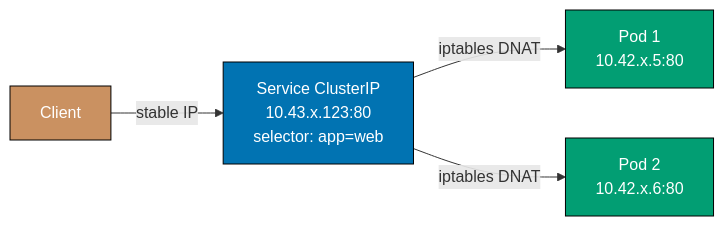
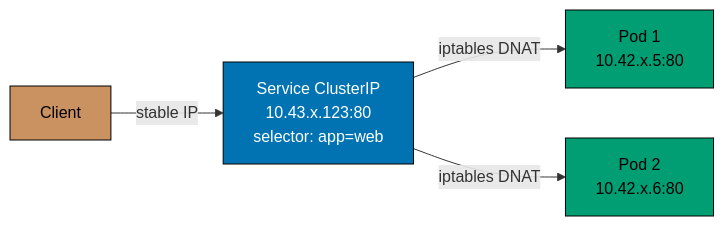
Before and after one commit to wahidyankf/ose-public: the third of 9 diagrams in apps/ayokoding-www/content/en/learn/legacy/software-engineering/infrastructure/tools/k3s/by-example/beginner.md, drawn with Mermaid. The commit also changed other lines of this file and 131 other files, not shown here.

First line of the commit message:
fix(mermaid): bring the legacy data, infrastructure, and testing diagrams onto the accessible palette

````diff
--- a/apps/ayokoding-www/content/en/learn/legacy/software-engineering/infrastructure/tools/k3s/by-example/beginner.md
+++ b/apps/ayokoding-www/content/en/learn/legacy/software-engineering/infrastructure/tools/k3s/by-example/beginner.md
@@ -231,17 +245,23 @@
 ```mermaid
 %% Color Palette: Blue #0173B2, Orange #DE8F05, Teal #029E73, Purple #CC78BC, Brown #CA9161
 graph LR
+    accTitle: Example 6: Expose a Deployment with a Service
+    accDescr: Graph with 4 nodes and 3 connections. Nodes: Client, Service ClusterIP 10.43.x.123:80 selector: app=web, Pod 1 10.42.x.5:80, Pod 2 10.42.x.6:80. Connections: Client to Service ClusterIP 10.43.x.123:80 selector: app=web (stable IP), Service ClusterIP 10.43.x.123:80 selector: app=web to Pod 1 10.42.x.5:80 (iptables DNAT), Service ClusterIP 10.43.x.123:80 selector: app=web to Pod 2 10.42.x.6:80 (iptables DNAT).
     C["Client"]
     SVC["Service ClusterIP<br/>10.43.x.123:80<br/>selector: app=web"]
     P1["Pod 1<br/>10.42.x.5:80"]
     P2["Pod 2<br/>10.42.x.6:80"]
 
     C -->|stable IP| SVC
     SVC -->|iptables DNAT| P1
     SVC -->|iptables DNAT| P2
 
-    style C fill:#CA9161,stroke:#000,color:#fff
-    style SVC fill:#0173B2,stroke:#000,color:#fff
-    style P1 fill:#029E73,stroke:#000,color:#fff
-    style P2 fill:#029E73,stroke:#000,color:#fff
+    classDef pal-CA9161 fill:#CA9161,stroke:#000000,color:#000000
+    class C pal-CA9161
+    classDef pal-0173B2 fill:#0173B2,stroke:#000000,color:#FFFFFF
+    class SVC pal-0173B2
+    classDef pal-029E73 fill:#029E73,stroke:#000000,color:#000000
+    class P1 pal-029E73
+    class P2 pal-029E73
+    classDef default fill:#FFFFFF,stroke:#000000,color:#000000
 ```
````
